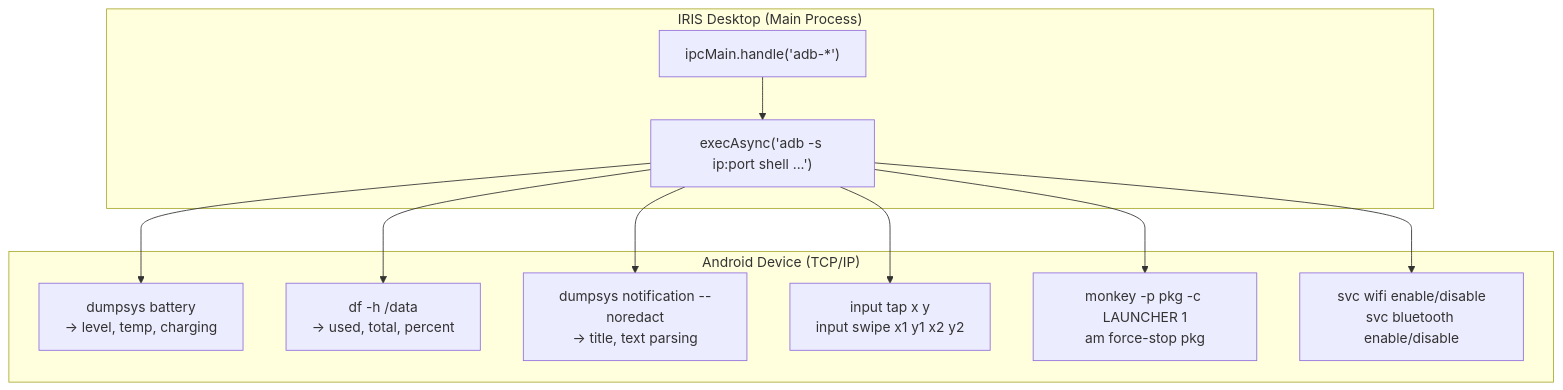
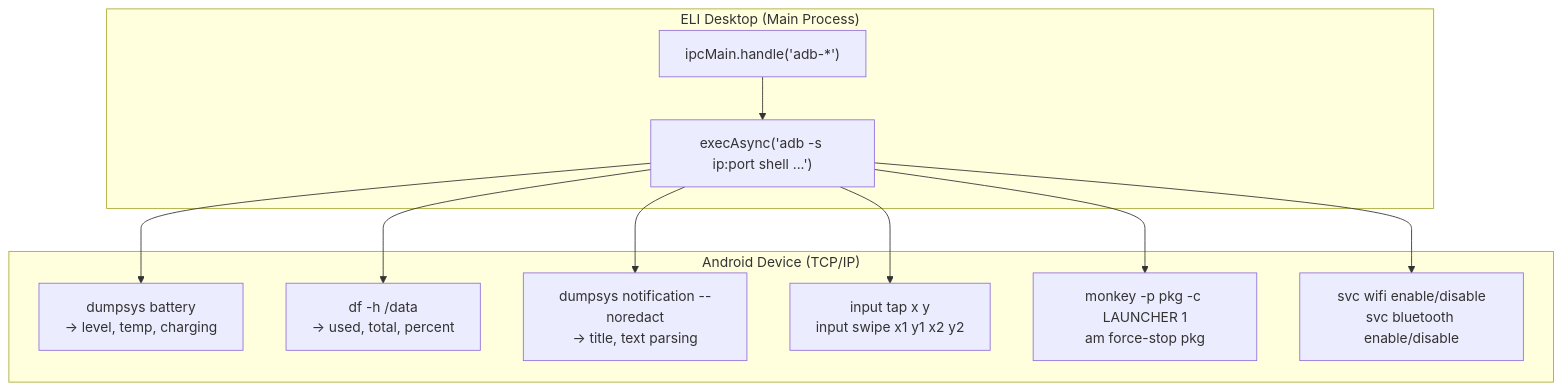
The sixth of 11 diagrams in ARCHITECTURE.md (krishrathi1/Next-Gen-Friend), drawn with Mermaid before and after one commit. The commit also changed other lines of this file and 17 other files, not shown here.

Commit message:
chore: rename project from IRIS to ELI and add repository templates

````diff
--- a/ARCHITECTURE.md
+++ b/ARCHITECTURE.md
@@ -174,24 +174,24 @@
 ```mermaid
 graph TD
-    subgraph "IRIS Desktop (Main Process)"
+    subgraph "ELI Desktop (Main Process)"
         IPC["ipcMain.handle('adb-*')"]
         Exec["execAsync('adb -s ip:port shell ...')"]
     end
 
     subgraph "Android Device (TCP/IP)"
         Battery["dumpsys battery<br/>→ level, temp, charging"]
         Storage["df -h /data<br/>→ used, total, percent"]
         Notifs["dumpsys notification --noredact<br/>→ title, text parsing"]
         Input["input tap x y<br/>input swipe x1 y1 x2 y2"]
         Apps["monkey -p pkg -c LAUNCHER 1<br/>am force-stop pkg"]
         Hardware["svc wifi enable/disable<br/>svc bluetooth enable/disable"]
     end
 
     IPC --> Exec
     Exec --> Battery
     Exec --> Storage
     Exec --> Notifs
     Exec --> Input
     Exec --> Apps
     Exec --> Hardware
 ```
````
